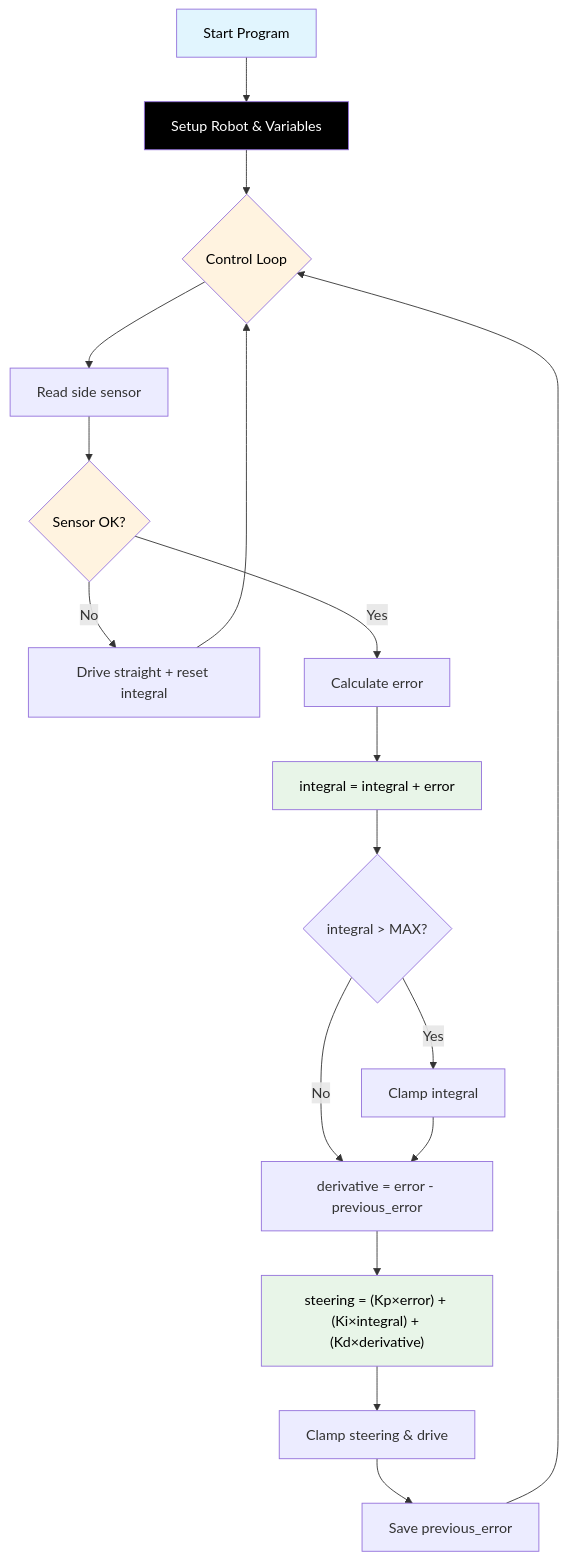
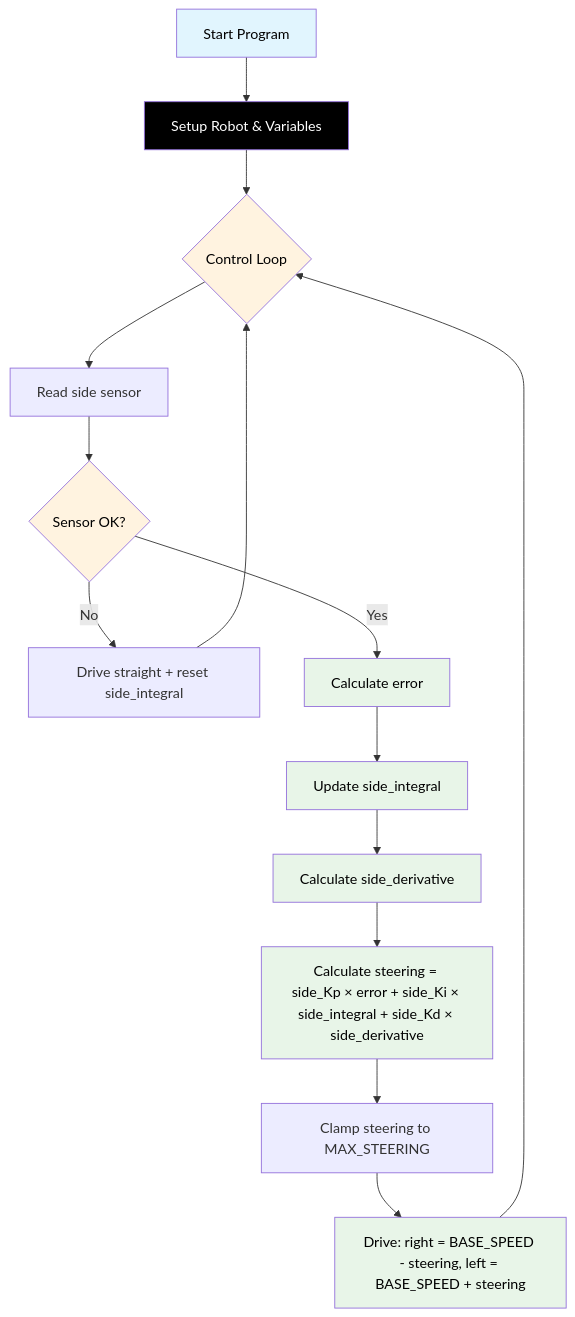
Before and after one commit to TempeHS/RP2040_Competition_Robot: the diagram in docs/Challenge_3.md, drawn with Mermaid. The commit also changed other lines of this file and 10 other files, not shown here.

````diff
--- a/docs/Challenge_3.md
+++ b/docs/Challenge_3.md
@@ -29,26 +29,26 @@
 ```mermaid
 flowchart TD
     A[Start Program] --> B[Setup Robot & Variables]
     B --> C{Control Loop}
     C --> D[Read side sensor]
     D --> E{Sensor OK?}
-    E -- No --> F["Drive straight + reset integral"]
+    E -- No --> F[Drive straight + reset side_integral]
     F --> C
     E -- Yes --> G[Calculate error]
-    G --> H["integral = integral + error"]
-    H --> I{"integral > MAX?"}
-    I -- Yes --> J["Clamp integral"]
-    I -- No --> K["derivative = error - previous_error"]
-    J --> K
-    K --> L["steering = (Kp×error) + (Ki×integral) + (Kd×derivative)"]
-    L --> M[Clamp steering & drive]
-    M --> N["Save previous_error"]
-    N --> C
+    G --> H[Update side_integral]
+    H --> I[Calculate side_derivative]
+    I --> J[Calculate steering = side_Kp × error + side_Ki × side_integral + side_Kd × side_derivative]
+    J --> K[Clamp steering to MAX_STEERING]
+    K --> L["Drive: right = BASE_SPEED - steering, left = BASE_SPEED + steering"]
+    L --> C
 
     style A fill:#e1f5fe,color:#000000
     style B fill:#000000,color:#ffffff
     style C fill:#fff3e0,color:#000000
     style E fill:#fff3e0,color:#000000
+    style G fill:#e8f5e8,color:#000000
     style H fill:#e8f5e8,color:#000000
+    style I fill:#e8f5e8,color:#000000
+    style J fill:#e8f5e8,color:#000000
     style L fill:#e8f5e8,color:#000000
 ```
````
